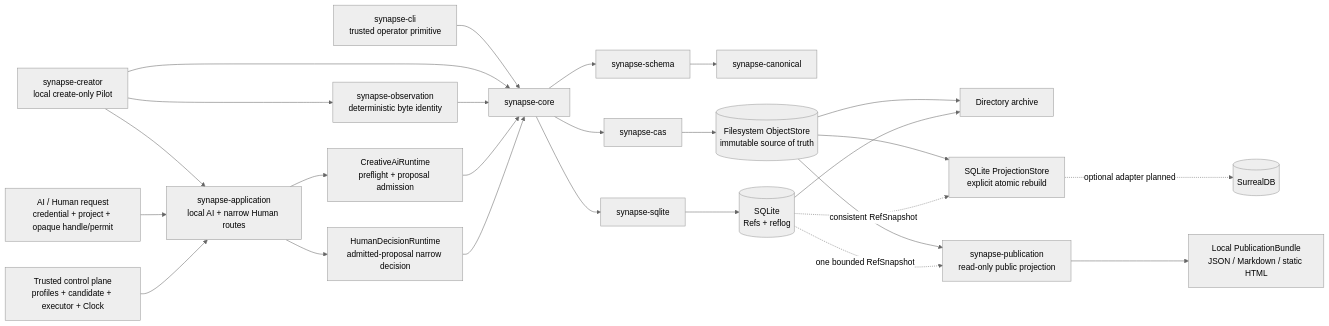
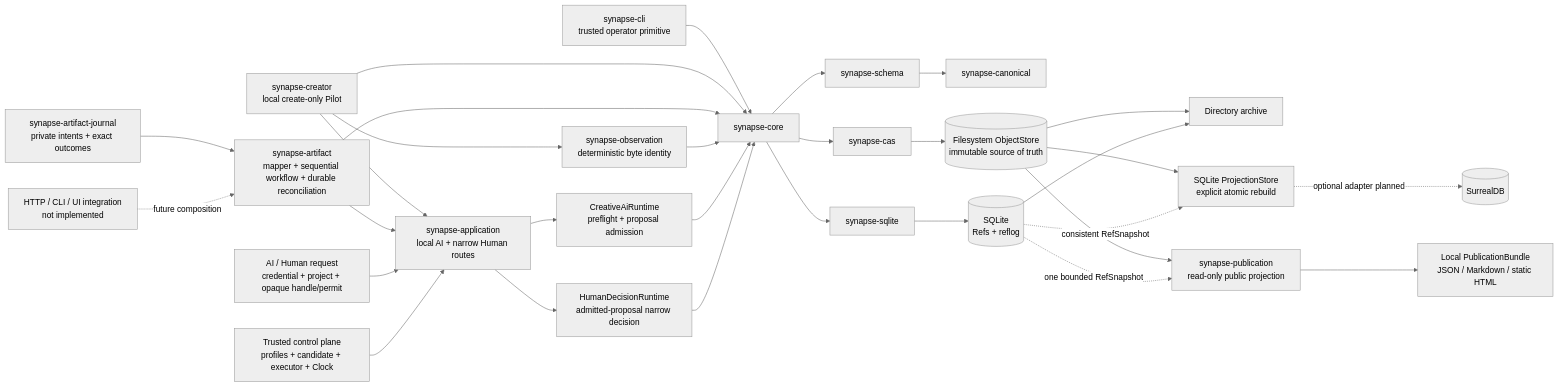
One commit to howlrs/synapsegit changed the diagram in docs/runtime_architecture.md. Above: the diagram before and after it, drawn with Mermaid (neutral theme). The commit also changed other lines of this file and 67 other files, not shown here.

First line of the commit message:
feat(application): complete generic artifact workflow (#25)

````diff
--- a/docs/runtime_architecture.md
+++ b/docs/runtime_architecture.md
@@ -11,28 +11,32 @@
 ```mermaid
 flowchart LR
     CLI["synapse-cli<br/>trusted operator primitive"] --> CORE[synapse-core]
     CREATOR["synapse-creator<br/>local create-only Pilot"] --> OBS["synapse-observation<br/>deterministic byte identity"]
     CREATOR --> APP
     CREATOR --> CORE
+    ARTIFACT["synapse-artifact<br/>mapper + sequential workflow + durable reconciliation"] --> CORE
+    ARTIFACT --> APP
+    JOURNAL["synapse-artifact-journal<br/>private intents + exact outcomes"] --> ARTIFACT
+    TRANSPORT["HTTP / CLI / UI integration<br/>not implemented"] -. future composition .-> ARTIFACT
     OBS --> CORE
     REQUEST["AI / Human request<br/>credential + project + opaque handle/permit"] --> APP["synapse-application<br/>local AI + narrow Human routes"]
     CONTROL["Trusted control plane<br/>profiles + candidate + executor + Clock"] --> APP
     APP --> AIR["CreativeAiRuntime<br/>preflight + proposal admission"]
     APP --> HUMAN["HumanDecisionRuntime<br/>admitted-proposal narrow decision"]
     AIR --> CORE
     HUMAN --> CORE
     CORE --> SCHEMA[synapse-schema]
     SCHEMA --> CANON[synapse-canonical]
     CORE --> CAS[synapse-cas]
     CORE --> REF[synapse-sqlite]
     CAS --> STORE[(Filesystem ObjectStore<br/>immutable source of truth)]
     REF --> DB[(SQLite<br/>Refs + reflog)]
     STORE --> ARCHIVE[Directory archive]
     DB --> ARCHIVE
     STORE --> PROJ["SQLite ProjectionStore<br/>explicit atomic rebuild"]
     DB -. consistent RefSnapshot .-> PROJ
     STORE --> PRESENT["synapse-publication<br/>read-only public projection"]
     DB -. one bounded RefSnapshot .-> PRESENT
     PRESENT --> BUNDLE["Local PublicationBundle<br/>JSON / Markdown / static HTML"]
     PROJ -. optional adapter planned .-> SURREAL[(SurrealDB)]
 ```
````
